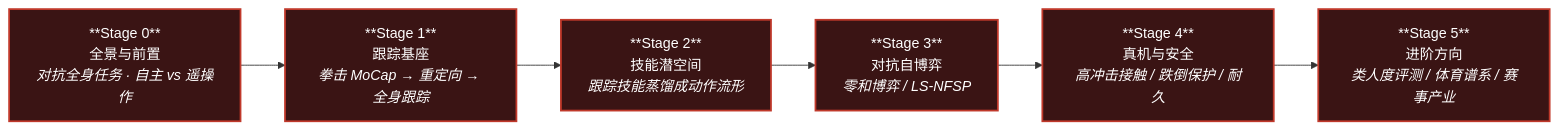
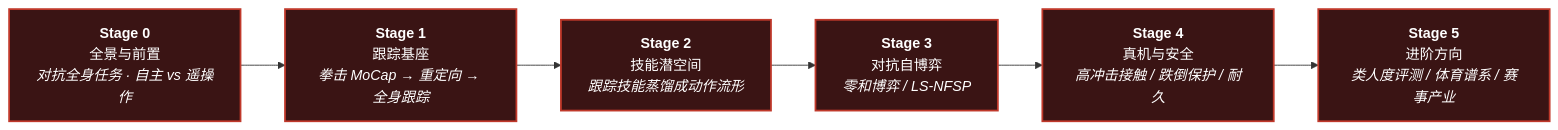
Before and after one commit to ImChong/Robotics_Notebooks: the diagram in roadmap/depth-humanoid-boxing.md, drawn with Mermaid. The commit also changed 27 other files, not shown here.

First line of the commit message:
fix(ux): 修复纵深路线一览 Mermaid 节点 ** 原样显示

````diff
--- a/roadmap/depth-humanoid-boxing.md
+++ b/roadmap/depth-humanoid-boxing.md
@@ -7,14 +7,14 @@
 ```mermaid
 flowchart LR
-  S0["**Stage 0**<br/>全景与前置<br/><em>对抗全身任务 · 自主 vs 遥操作</em>"]
-  S1["**Stage 1**<br/>跟踪基座<br/><em>拳击 MoCap → 重定向 → 全身跟踪</em>"]
-  S2["**Stage 2**<br/>技能潜空间<br/><em>跟踪技能蒸馏成动作流形</em>"]
-  S3["**Stage 3**<br/>对抗自博弈<br/><em>零和博弈 / LS-NFSP</em>"]
-  S4["**Stage 4**<br/>真机与安全<br/><em>高冲击接触 / 跌倒保护 / 耐久</em>"]
-  S5["**Stage 5**<br/>进阶方向<br/><em>类人度评测 / 体育谱系 / 赛事产业</em>"]
+  S0["<b>Stage 0</b><br/>全景与前置<br/><em>对抗全身任务 · 自主 vs 遥操作</em>"]
+  S1["<b>Stage 1</b><br/>跟踪基座<br/><em>拳击 MoCap → 重定向 → 全身跟踪</em>"]
+  S2["<b>Stage 2</b><br/>技能潜空间<br/><em>跟踪技能蒸馏成动作流形</em>"]
+  S3["<b>Stage 3</b><br/>对抗自博弈<br/><em>零和博弈 / LS-NFSP</em>"]
+  S4["<b>Stage 4</b><br/>真机与安全<br/><em>高冲击接触 / 跌倒保护 / 耐久</em>"]
+  S5["<b>Stage 5</b><br/>进阶方向<br/><em>类人度评测 / 体育谱系 / 赛事产业</em>"]
 
   S0 --> S1 --> S2 --> S3 --> S4 --> S5
 
   classDef stage fill:#3a1414,stroke:#c0392b,stroke-width:2px,color:#fff
   class S0,S1,S2,S3,S4,S5 stage
 ```
````
